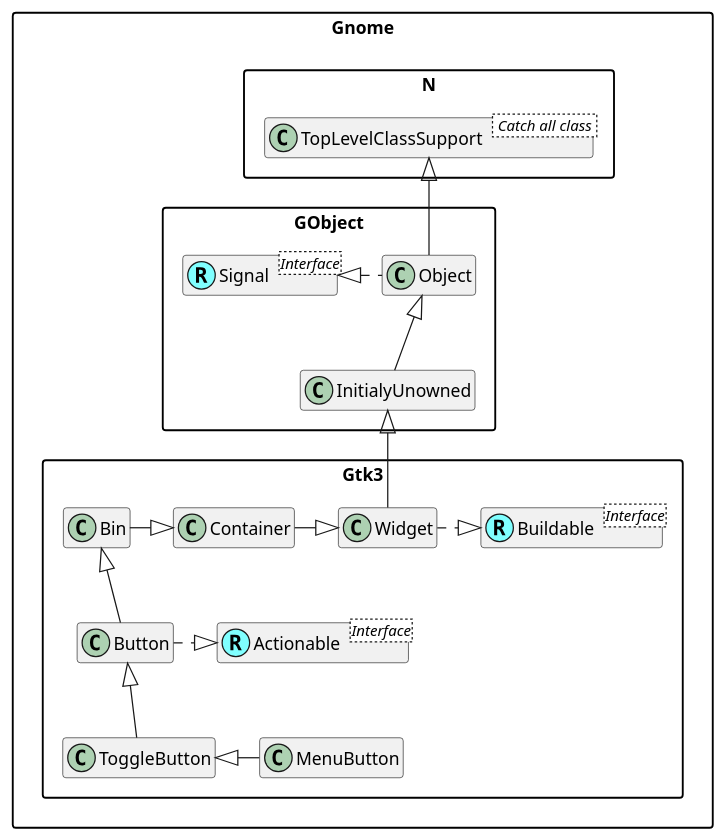
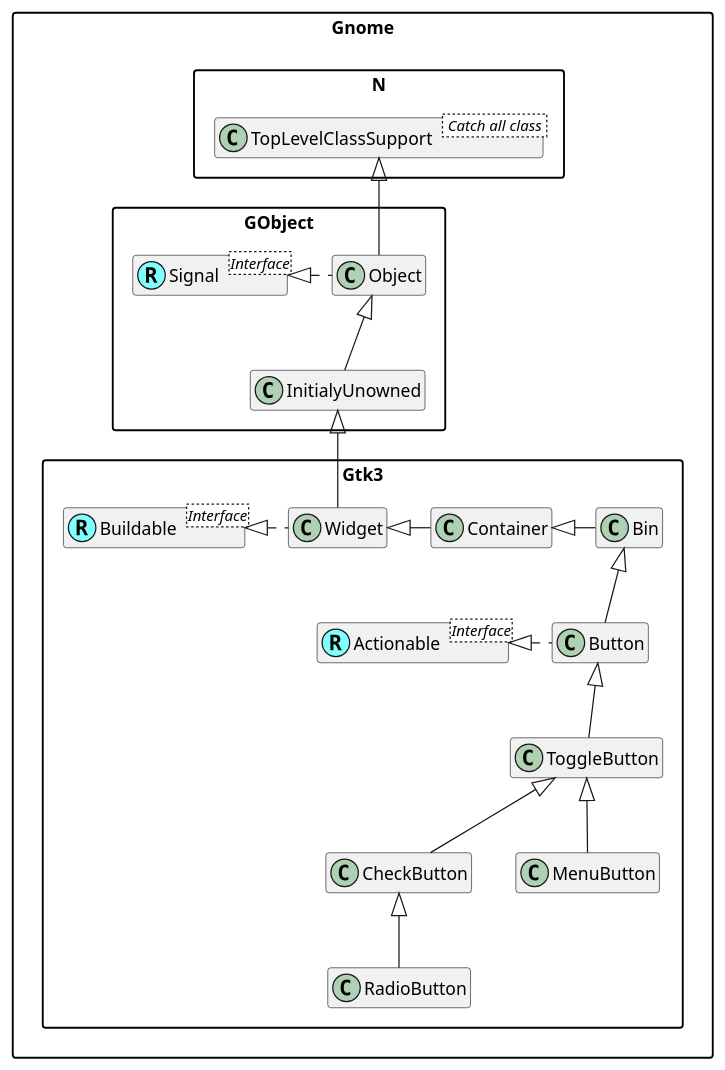
One commit to MARTIMM/gnome-gtk3 changed the diagram in doc/plantuml/MenuButton.md. Above: the diagram before and after it, drawn with PlantUML. The commit also changed other lines of this file and 5 other files, not shown here.

````diff
--- a/doc/plantuml/MenuButton.md
+++ b/doc/plantuml/MenuButton.md
@@ -1,37 +1,75 @@
 ```plantuml
 @startuml
 'scale 0.9
 skinparam packageStyle rectangle
 skinparam stereotypeCBackgroundColor #80ffff
 set namespaceSeparator ::
 hide members
 
 
 'Class and interface decorations
 class Gnome::N::TopLevelClassSupport < Catch all class >
 
 Interface Gnome::GObject::Signal <Interface>
 class Gnome::GObject::Signal <<(R,#80ffff)>>
 
 Interface Gnome::Gtk3::Buildable <Interface>
 class Gnome::Gtk3::Buildable <<(R,#80ffff)>>
 
 Interface Gnome::Gtk3::Actionable <Interface>
 class Gnome::Gtk3::Actionable <<(R,#80ffff)>>
 
-'Class connections
+'Interface Gnome::Gtk3::Orientable <Interface>
+'class Gnome::Gtk3::Orientable <<(R,#80ffff)>>
+
+'Interface Gnome::Gtk3::ColorChooser <Interface>
+'class Gnome::Gtk3::ColorChooser <<(R,#80ffff)>>
+
+'Interface Gnome::Gtk3::FontChooser <Interface>
+'class Gnome::Gtk3::FontChooser <<(R,#80ffff)>>
+
+
+
+'Class references
+
 Gnome::N::TopLevelClassSupport <|-- Gnome::GObject::Object
 Gnome::GObject::Object <|-- Gnome::GObject::InitialyUnowned
+'Gnome::GObject::Object *-> Gnome::GObject::Signal
 Gnome::GObject::Signal <|. Gnome::GObject::Object
 
 Gnome::GObject::InitialyUnowned <|-- Gnome::Gtk3::Widget
-Gnome::Gtk3::Widget .|> Gnome::Gtk3::Buildable
-Gnome::Gtk3::Container -|> Gnome::Gtk3::Widget
-Gnome::Gtk3::Bin -|> Gnome::Gtk3::Container
+
+Gnome::Gtk3::Widget <|- Gnome::Gtk3::Container
+Gnome::Gtk3::Container <|- Gnome::Gtk3::Bin
 Gnome::Gtk3::Bin <|-- Gnome::Gtk3::Button
-Gnome::Gtk3::Button .|> Gnome::Gtk3::Actionable
+
+
+
+Gnome::Gtk3::Buildable <|. Gnome::Gtk3::Widget
+
+Gnome::Gtk3::Actionable <|. Gnome::Gtk3::Button
+
+'Gnome::Gtk3::Orientable <|... Gnome::Gtk3::ScaleButton
+
+'Gnome::Gtk3::ColorChooser <|... Gnome::Gtk3::ColorButton
+
+'Gnome::Gtk3::FontChooser <|... Gnome::Gtk3::FontButton
+
+'Gnome::GObject <--[hidden]- Gnome::Gtk3
+
+
+
 Gnome::Gtk3::Button <|-- Gnome::Gtk3::ToggleButton
-Gnome::Gtk3::ToggleButton <|- Gnome::Gtk3::MenuButton
+'Gnome::Gtk3::Button <|-- Gnome::Gtk3::ColorButton
+Gnome::Gtk3::ToggleButton <|-- Gnome::Gtk3::CheckButton
+Gnome::Gtk3::ToggleButton <|-- Gnome::Gtk3::MenuButton
+Gnome::Gtk3::CheckButton <|-- Gnome::Gtk3::RadioButton
+'Gnome::Gtk3::Button <|-- Gnome::Gtk3::FontButton
+'Gnome::Gtk3::Button <|-- Gnome::Gtk3::LinkButton
+'Gnome::Gtk3::Button <|-- Gnome::Gtk3::LockButton
+'Gnome::Gtk3::Button <|-- Gnome::Gtk3::ModelButton
+'Gnome::Gtk3::Button <|-- Gnome::Gtk3::ScaleButton
+'Gnome::Gtk3::ScaleButton <|-- Gnome::Gtk3::VolumeButton
 
 @enduml
 ```
````
